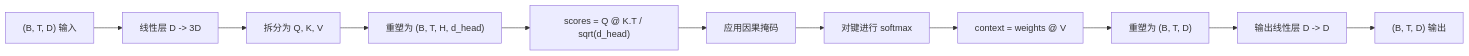
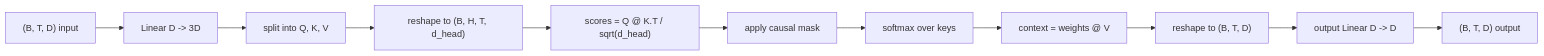
The first of 2 diagrams in i18n/zh/phases/19-capstone-projects/33-multihead-self-attention/docs/zh.md (xiaojiaenen/ai-engineering-from-scratch-zh), drawn with Mermaid before and after one commit. The commit also changed other lines of this file and 85 other files, not shown here.

````diff
--- a/i18n/zh/phases/19-capstone-projects/33-multihead-self-attention/docs/zh.md
+++ b/i18n/zh/phases/19-capstone-projects/33-multihead-self-attention/docs/zh.md
@@ -33,13 +33,13 @@
 ```mermaid
 flowchart LR
-    A["(B, T, D) 输入"] --> B[线性层 D -> 3D]
-    B --> C["拆分为 Q, K, V"]
-    C --> D["重塑为 (B, T, H, d_head)"]
+    A["(B, T, D) input"] --> B[Linear D -> 3D]
+    B --> C["split into Q, K, V"]
+    C --> D["reshape to (B, H, T, d_head)"]
     D --> E["scores = Q @ K.T / sqrt(d_head)"]
-    E --> F[应用因果掩码]
-    F --> G[对键进行 softmax]
+    E --> F[apply causal mask]
+    F --> G[softmax over keys]
     G --> H["context = weights @ V"]
-    H --> I["重塑为 (B, T, D)"]
-    I --> J[输出线性层 D -> D]
-    J --> K["(B, T, D) 输出"]
+    H --> I["reshape to (B, T, D)"]
+    I --> J[output Linear D -> D]
+    J --> K["(B, T, D) output"]
 ```
````
